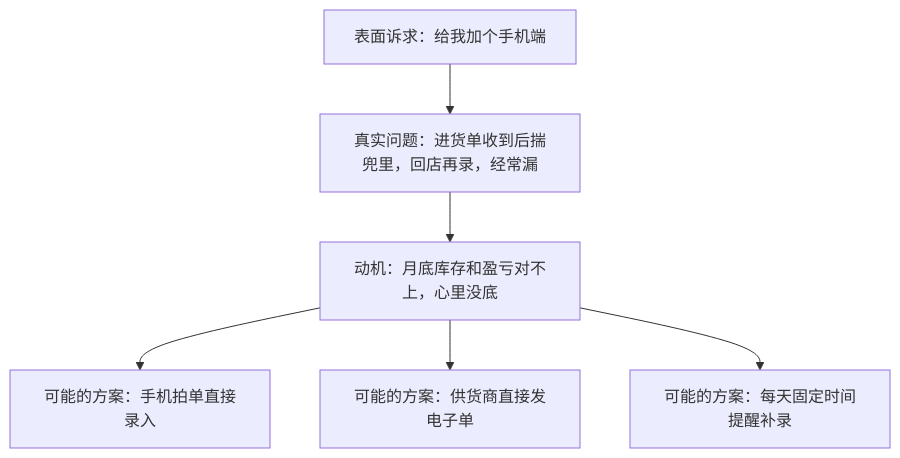
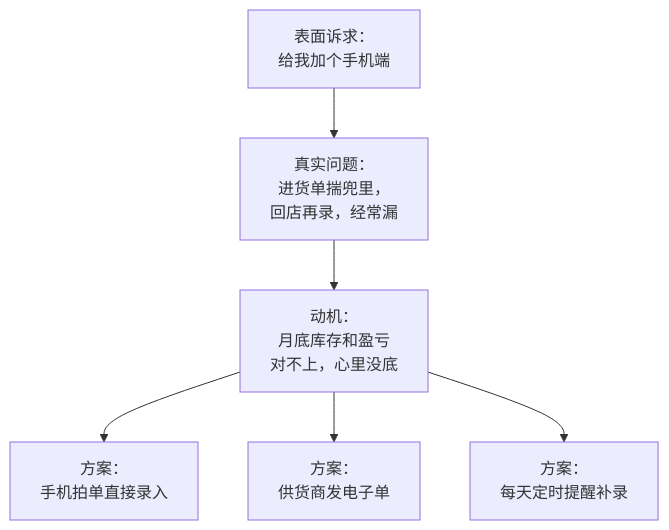
The diagram in books/product-thinking/01-where-needs-come-from.md (jarvis-pro/hatch-shelf), drawn with Mermaid before and after one commit. The commit also changed 432 other files, not shown here.

````diff
--- a/books/product-thinking/01-where-needs-come-from.md
+++ b/books/product-thinking/01-where-needs-come-from.md
@@ -57,8 +57,8 @@
 ```mermaid
 flowchart TD
-  A["表面诉求：给我加个手机端"] --> B["真实问题：进货单收到后揣兜里，回店再录，经常漏"]
-  B --> C["动机：月底库存和盈亏对不上，心里没底"]
-  C --> D["可能的方案：手机拍单直接录入"]
-  C --> E["可能的方案：供货商直接发电子单"]
-  C --> F["可能的方案：每天固定时间提醒补录"]
+  A["表面诉求：<br/>给我加个手机端"] --> B["真实问题：<br/>进货单揣兜里，<br/>回店再录，经常漏"]
+  B --> C["动机：<br/>月底库存和盈亏<br/>对不上，心里没底"]
+  C --> D["方案：<br/>手机拍单直接录入"]
+  C --> E["方案：<br/>供货商发电子单"]
+  C --> F["方案：<br/>每天定时提醒补录"]
 ```
````
